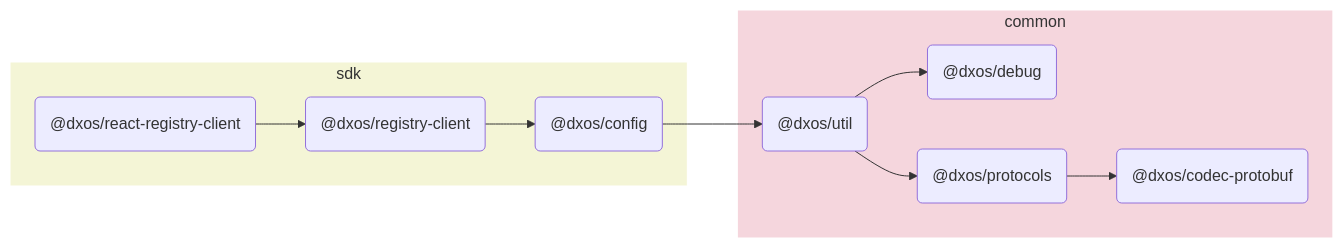
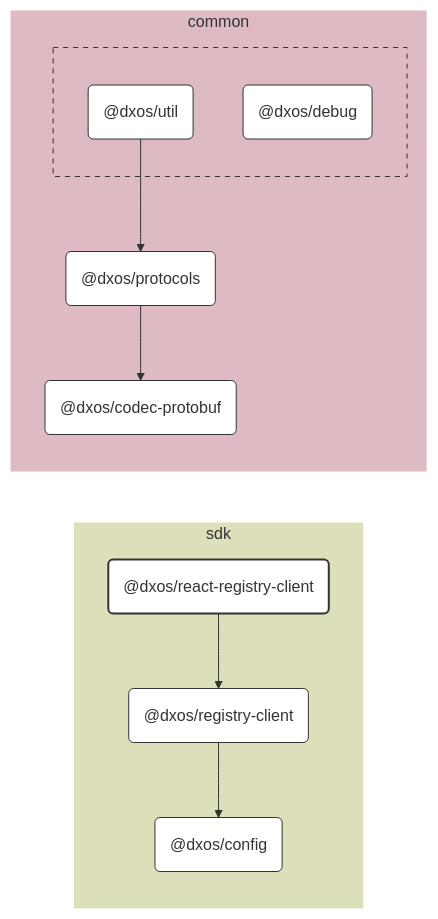
One commit to dxos/dxos changed the diagram in packages/sdk/react-registry-client/docs/README.md. Above: the diagram before and after it, drawn with Mermaid. The commit also changed other lines of this file and 109 other files, not shown here.

````diff
--- a/packages/sdk/react-registry-client/docs/README.md
+++ b/packages/sdk/react-registry-client/docs/README.md
@@ -5,25 +7,57 @@
 ```mermaid
-flowchart LR;
+%%{ init: {'flowchart':{'curve':'basis'}} }%%
 
+flowchart LR
+
+%% Links
+dxos/protocols --> dxos/codec-protobuf;
+dxos/react-registry-client --> dxos/registry-client;
+dxos/registry-client --> dxos/config;
+dxos/util --> dxos/protocols;
+
+%% Sections
 subgraph sdk
-  style sdk fill:#f4f5d6,stroke:#fff;
-  dxos/react-registry-client("@dxos/react-registry-client");
-  dxos/config("@dxos/config");
-  dxos/registry-client("@dxos/registry-client");
+  style sdk fill:#dddeba,stroke:#fff;
+
+  dxos/config("@dxos/config")
+  dxos/react-registry-client("@dxos/react-registry-client")
+  dxos/registry-client("@dxos/registry-client")
 end
 
 subgraph common
-  style common fill:#f5d6dd,stroke:#fff;
-  dxos/codec-protobuf("@dxos/codec-protobuf");
-  dxos/debug("@dxos/debug");
-  dxos/protocols("@dxos/protocols");
-  dxos/util("@dxos/util");
+  style common fill:#debac2,stroke:#fff;
+
+  dxos/codec-protobuf("@dxos/codec-protobuf")
+  dxos/protocols("@dxos/protocols")
+
+  subgraph common-excluded [ ]
+    style common-excluded fill:#debac2,stroke:#333,stroke-dasharray:5 5;
+
+    dxos/debug("@dxos/debug")
+    dxos/util("@dxos/util")
+  end
 end
 
-dxos/protocols --> dxos/codec-protobuf;
-dxos/config --> dxos/util;
-dxos/util --> dxos/debug;
-dxos/util --> dxos/protocols;
-dxos/react-registry-client --> dxos/registry-client;
-dxos/registry-client --> dxos/config;
+
+%% Hyperlinks
+click dxos/codec-protobuf href "https:/github.com/dxos/dxos/tree/main/packages/common/codec-protobuf/docs";
+click dxos/config href "https:/github.com/dxos/dxos/tree/main/packages/sdk/config/docs";
+click dxos/debug href "https:/github.com/dxos/dxos/tree/main/packages/common/debug/docs";
+click dxos/protocols href "https:/github.com/dxos/dxos/tree/main/packages/common/protocols/docs";
+click dxos/registry-client href "https:/github.com/dxos/dxos/tree/main/packages/sdk/registry-client/docs";
+click dxos/util href "https:/github.com/dxos/dxos/tree/main/packages/common/util/docs";
+
+%% Styles
+classDef rootNode fill:#fff,stroke:#333,stroke-width:2px
+classDef defaultNode fill:#fff,stroke:#333,stroke-width:1px
+linkStyle default stroke:#333,stroke-width:1px
+
+dxos/react-registry-client:::rootNode
+
+dxos/codec-protobuf:::defaultNode
+dxos/config:::defaultNode
+dxos/debug:::defaultNode
+dxos/protocols:::defaultNode
+dxos/registry-client:::defaultNode
+dxos/util:::defaultNode
 ```
````
